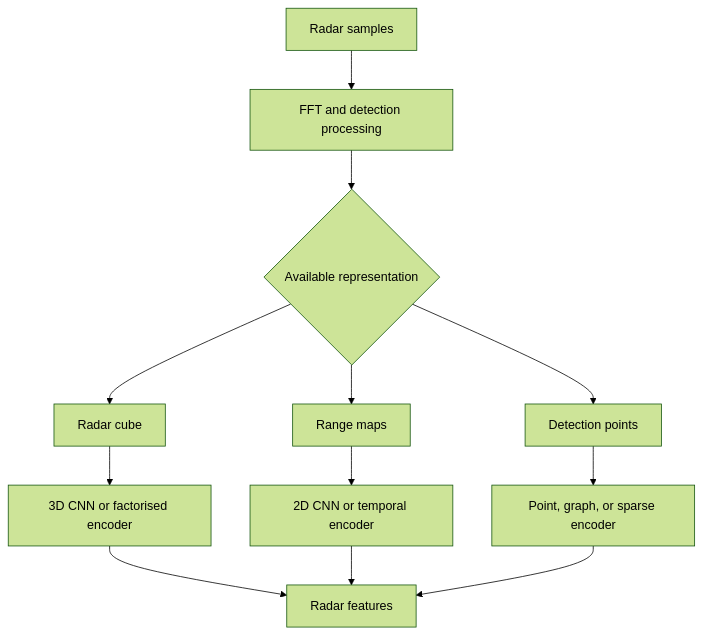
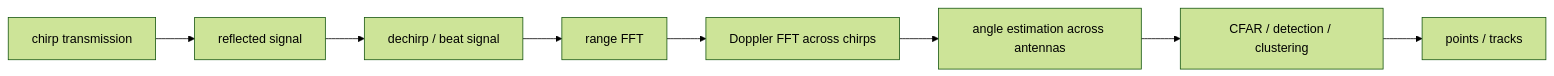
Before and after one commit to abhishekkumardwivedi/abhishekkumardwivedi.github.io: the diagram in src/content/docs/articles/radar-encoders.md, drawn with Mermaid (forest theme). The commit also changed other lines of this file and 14 other files, not shown here.

````diff
--- a/src/content/docs/articles/radar-encoders.md
+++ b/src/content/docs/articles/radar-encoders.md
@@ -12,14 +16,10 @@
 ```mermaid
-flowchart TD
-    A["Radar samples"] --> B["FFT and detection processing"]
-    B --> C{"Available representation"}
-    C --> D["Radar cube"]
-    C --> E["Range maps"]
-    C --> F["Detection points"]
-    D --> G["3D CNN or factorised encoder"]
-    E --> H["2D CNN or temporal encoder"]
-    F --> I["Point, graph, or sparse encoder"]
-    G --> J["Radar features"]
-    H --> J
-    I --> J
+flowchart LR
+    TX["chirp transmission"] --> RX["reflected signal"]
+    RX --> MIX["dechirp / beat signal"]
+    MIX --> RFFT["range FFT"]
+    RFFT --> DFFT["Doppler FFT across chirps"]
+    DFFT --> ANG["angle estimation across antennas"]
+    ANG --> DET["CFAR / detection / clustering"]
+    DET --> OUT["points / tracks"]
 ```
````
